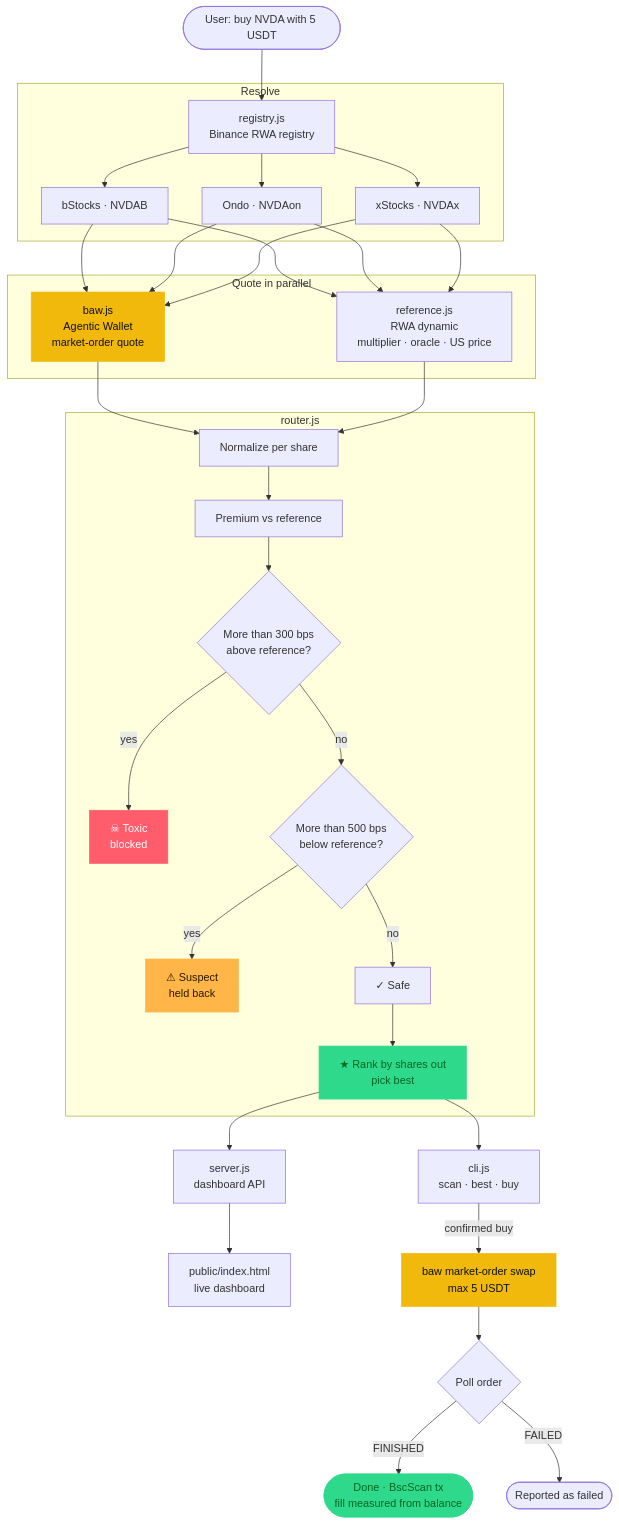
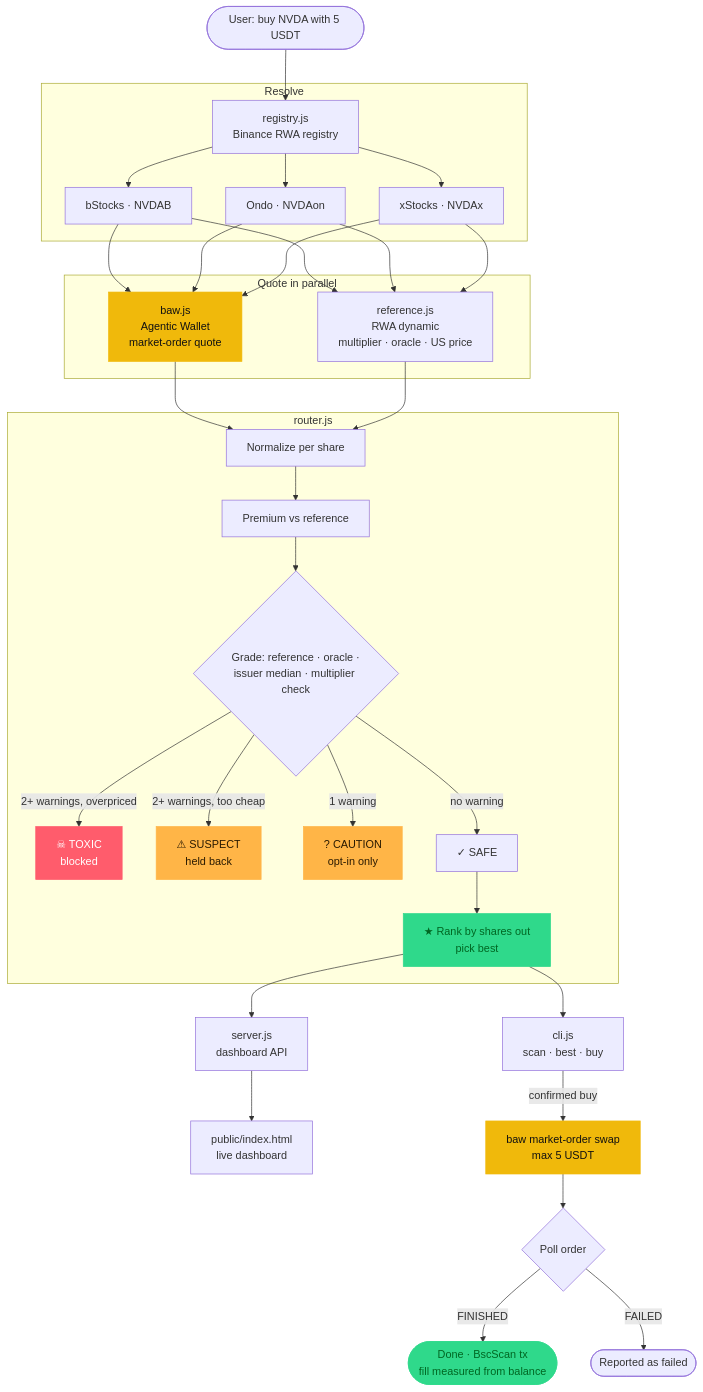
One commit to 0xR-1/TriQuote changed the first of 2 diagrams in README.md. Above: the diagram before and after it, drawn with Mermaid. The commit also changed other lines of this file and 7 other files, not shown here.

First line of the commit message:
feat: multi-signal quote grading with SAFE/CAUTION/TOXIC/SUSPECT

````diff
--- a/README.md
+++ b/README.md
@@ -57,49 +62,49 @@
 ```mermaid
 flowchart TD
     U([User: buy NVDA with 5 USDT]) --> R
 
     subgraph Resolve
         R[registry.js<br/>Binance RWA registry]
         R --> L1[bStocks · NVDAB]
         R --> L2[Ondo · NVDAon]
         R --> L3[xStocks · NVDAx]
     end
 
     subgraph Quote["Quote in parallel"]
         Q[baw.js<br/>Agentic Wallet<br/>market-order quote]
         F[reference.js<br/>RWA dynamic<br/>multiplier · oracle · US price]
     end
 
     L1 & L2 & L3 --> Q
     L1 & L2 & L3 --> F
 
     Q --> RT
     F --> RT
 
     subgraph Route["router.js"]
         RT[Normalize per share] --> P[Premium vs reference]
-        P --> T{More than 300 bps<br/>above reference?}
-        T -->|yes| X[☠ Toxic<br/>blocked]
-        T -->|no| D{More than 500 bps<br/>below reference?}
-        D -->|yes| SU[⚠ Suspect<br/>held back]
-        D -->|no| S[✓ Safe]
+        P --> G{Grade: reference · oracle ·<br/>issuer median · multiplier check}
+        G -->|2+ warnings, overpriced| X[☠ TOXIC<br/>blocked]
+        G -->|2+ warnings, too cheap| SU[⚠ SUSPECT<br/>held back]
+        G -->|1 warning| C[? CAUTION<br/>opt-in only]
+        G -->|no warning| S[✓ SAFE]
         S --> B[★ Rank by shares out<br/>pick best]
     end
 
     B --> CLI[cli.js<br/>scan · best · buy]
     B --> SRV[server.js<br/>dashboard API]
     SRV --> UI[public/index.html<br/>live dashboard]
     CLI -->|confirmed buy| SW[baw market-order swap<br/>max 5 USDT]
     SW --> PL{Poll order}
     PL -->|FINISHED| OK([Done · BscScan tx<br/>fill measured from balance])
     PL -->|FAILED| KO([Reported as failed])
 
     classDef toxic fill:#ff5c6c,stroke:#ff5c6c,color:#fff
     classDef best fill:#2fd98b,stroke:#2fd98b,color:#062
     classDef wallet fill:#f0b90b,stroke:#f0b90b,color:#111
     classDef suspect fill:#ffb547,stroke:#ffb547,color:#2a1a00
     class X toxic
-    class SU suspect
+    class SU,C suspect
     class B,OK best
     class Q,SW wallet
 ```
````
